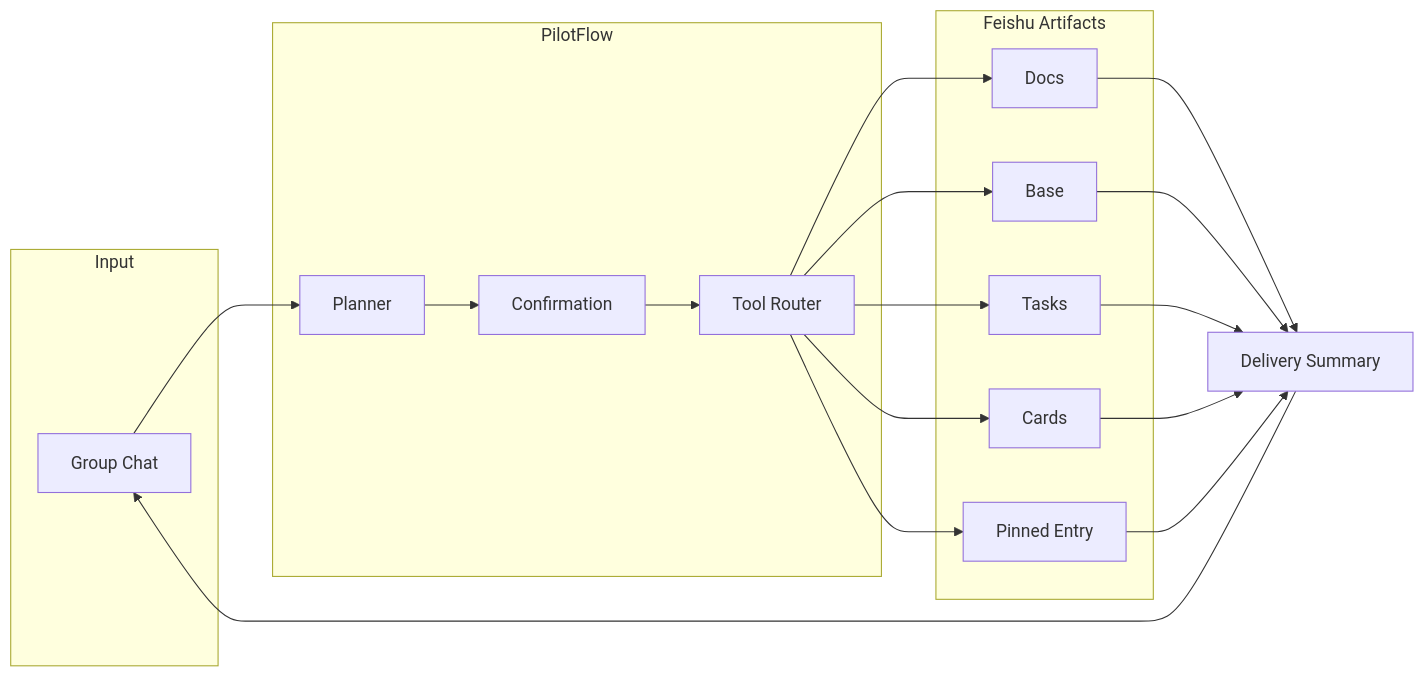
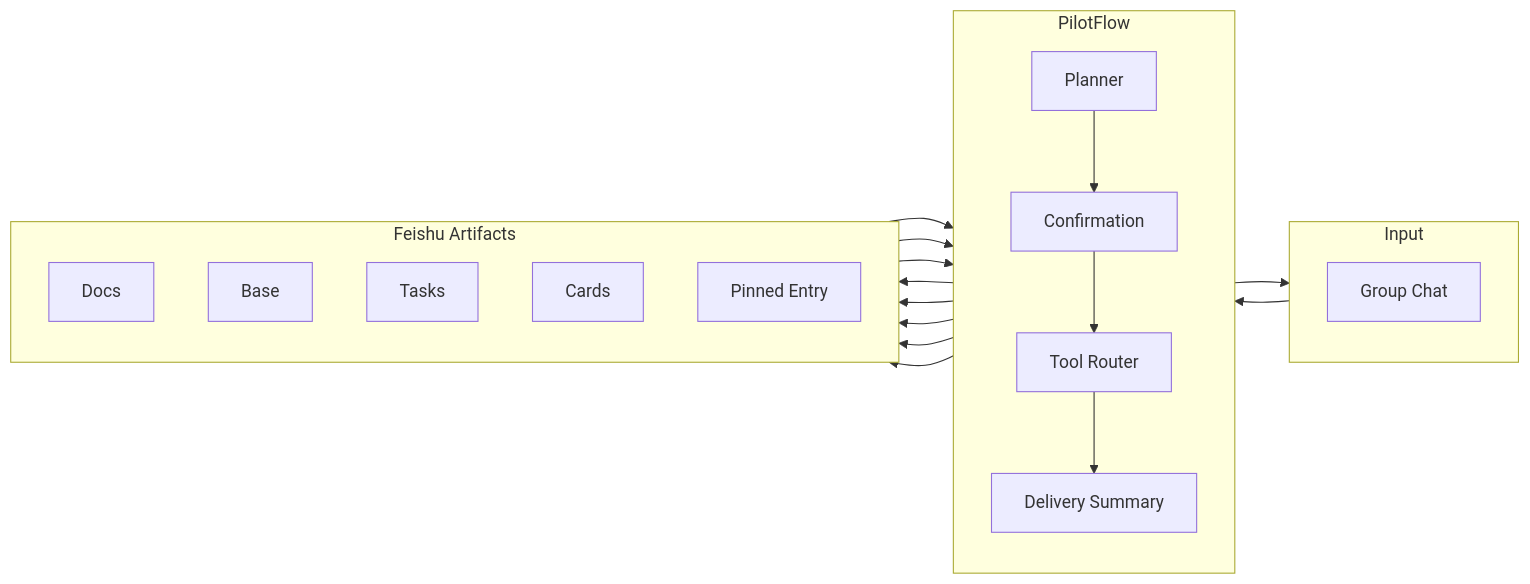
One commit to DeliciousBuding/pilot-flow changed the second of 2 diagrams in README_EN.md. Above: the diagram before and after it, drawn with Mermaid. The commit also changed 1 other file, not shown here.

Commit message:
docs: align architecture diagram subgraphs vertically
- Add direction TB inside each subgraph for consistent vertical stacking
- Move delivery summary into PilotFlow subgraph to balance node counts
- Each subgraph now has its own internal vertical flow

````diff
--- a/README_EN.md
+++ b/README_EN.md
@@ -81,32 +81,36 @@
 ```mermaid
 flowchart LR
     subgraph Input
+        direction TB
         IM["Group Chat"]
     end
 
     subgraph PilotFlow
-        Planner["Planner"] --> Confirm["Confirmation"]
-        Confirm --> Router["Tool Router"]
+        direction TB
+        Planner["Planner"]
+        Confirm["Confirmation"]
+        Router["Tool Router"]
+        Summary["Delivery Summary"]
+        Planner --> Confirm --> Router --> Summary
     end
 
     subgraph Feishu Artifacts
+        direction TB
         Doc["Docs"]
         Base["Base"]
         Task["Tasks"]
         Card["Cards"]
         Entry["Pinned Entry"]
     end
 
     IM --> Planner
     Router --> Doc
     Router --> Base
     Router --> Task
     Router --> Card
     Router --> Entry
-    Doc --> Summary["Delivery Summary"]
+    Doc --> Summary
     Base --> Summary
     Task --> Summary
-    Card --> Summary
-    Entry --> Summary
     Summary --> IM
 ```
````
